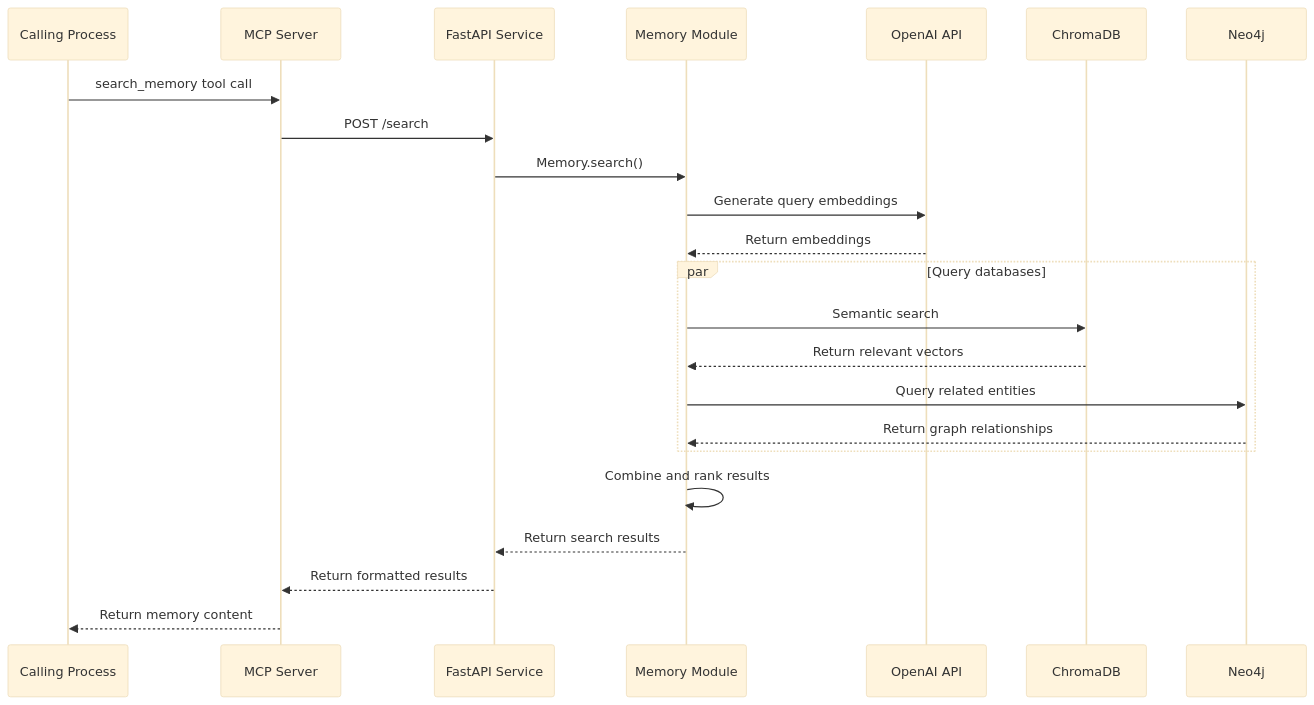
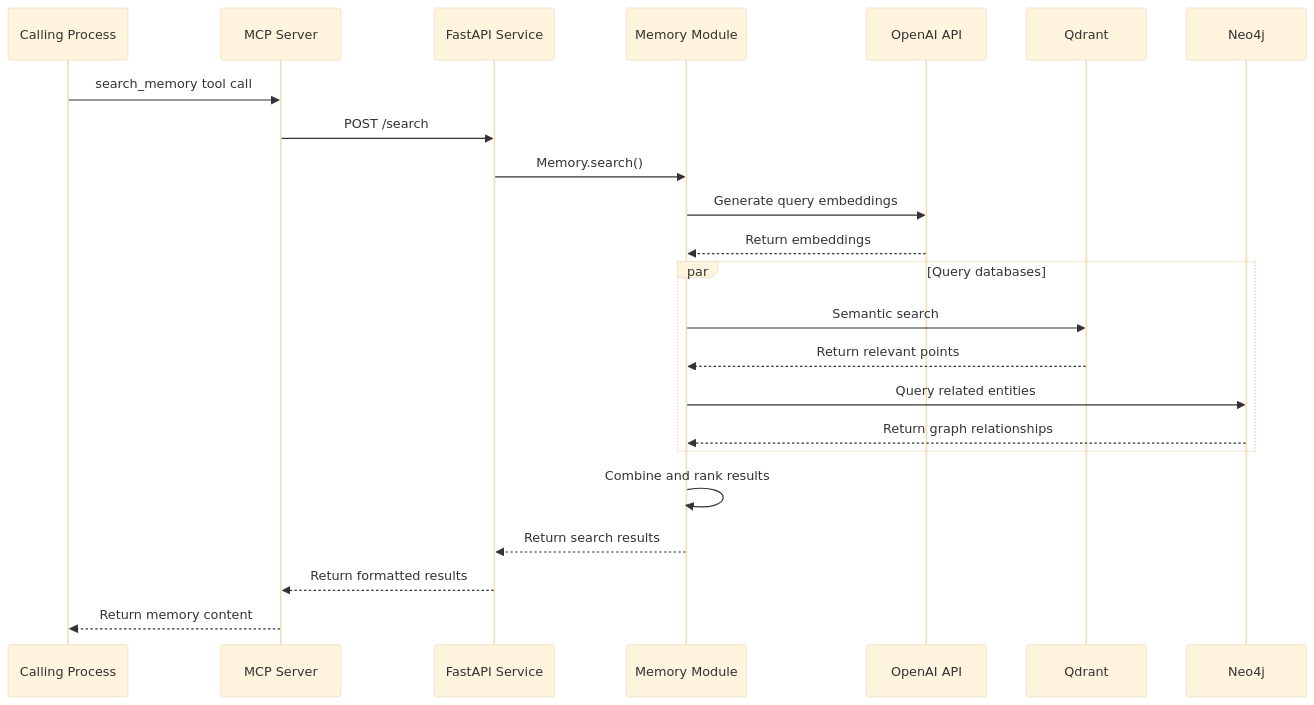
Before and after one commit to darrynv/dangeroo: the fifth of 11 diagrams in dangeroo-mem0-mcp/docs/dangeroo-architecture.md, drawn with Mermaid (base theme). The commit also changed other lines of this file and 7 other files, not shown here.

````diff
--- a/dangeroo-mem0-mcp/docs/dangeroo-architecture.md
+++ b/dangeroo-mem0-mcp/docs/dangeroo-architecture.md
@@ -184,31 +184,31 @@
 ```mermaid
 sequenceDiagram
     participant CallingProcess as Calling Process
     participant MCP as MCP Server
     participant API as FastAPI Service
     participant Mem0 as Memory Module
     participant OpenAI as OpenAI API
-    participant Chroma as ChromaDB
+    participant Qdrant as Qdrant
     participant Neo4j as Neo4j
 
     CallingProcess->>MCP: search_memory tool call
     MCP->>API: POST /search
     API->>Mem0: Memory.search()
     
     Mem0->>OpenAI: Generate query embeddings
     OpenAI-->>Mem0: Return embeddings
     
     par Query databases
-        Mem0->>Chroma: Semantic search
-        Chroma-->>Mem0: Return relevant vectors
+        Mem0->>Qdrant: Semantic search
+        Qdrant-->>Mem0: Return relevant points
         
         Mem0->>Neo4j: Query related entities
         Neo4j-->>Mem0: Return graph relationships
     end
     
     Mem0->>Mem0: Combine and rank results
     
     Mem0-->>API: Return search results
     API-->>MCP: Return formatted results
     MCP-->>CallingProcess: Return memory content
 ```
````
